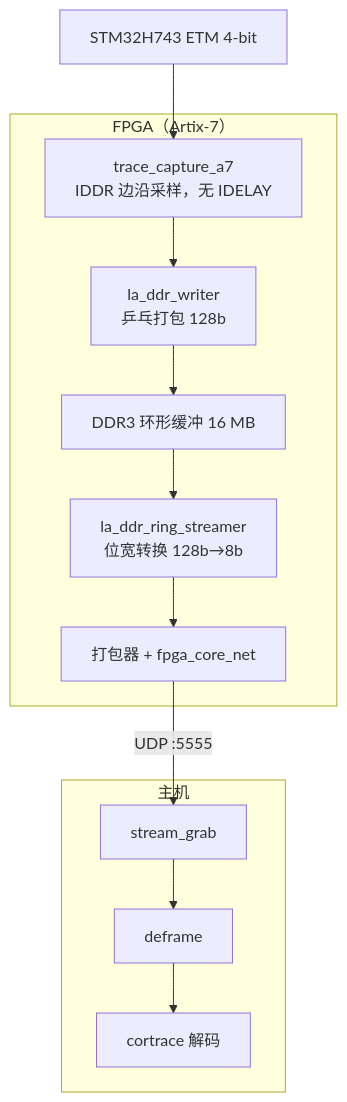
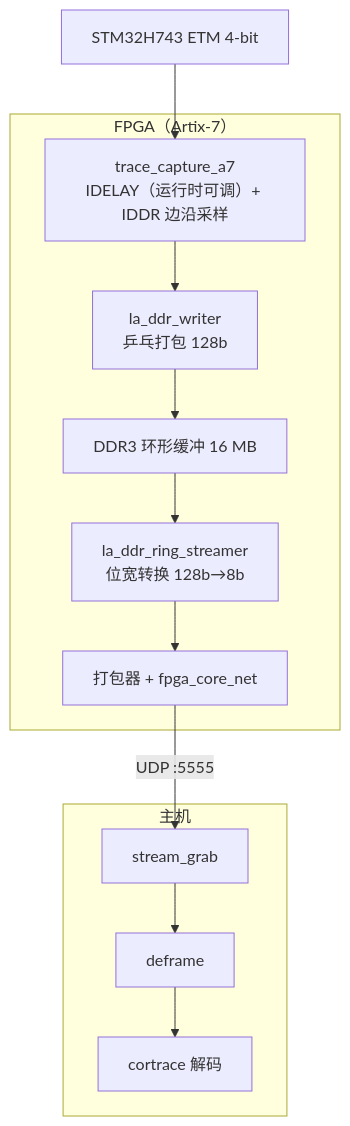
The diagram in README.md (cortrace/cortrace-fpga), drawn with Mermaid before and after one commit. The commit also changed 8 other files, not shown here.

First line of the commit message:
feat(rtl): tune the trace data lanes with a run-time IDELAY

````diff
--- a/README.md
+++ b/README.md
@@ -8,24 +8,24 @@
 ```mermaid
 flowchart TD
-    ETM["STM32H743 ETM 4-bit"] --> CAP["trace_capture_a7<br/>IDDR 边沿采样，无 IDELAY"]
+    ETM["STM32H743 ETM 4-bit"] --> CAP["trace_capture_a7<br/>IDELAY（运行时可调）+ IDDR 边沿采样"]
     CAP --> WR["la_ddr_writer<br/>乒乓打包 128b"]
     WR --> RING["DDR3 环形缓冲 16 MB"]
     RING --> STR["la_ddr_ring_streamer<br/>位宽转换 128b→8b"]
     STR --> NET["打包器 + fpga_core_net"]
     NET -->|"UDP :5555"| GRAB["stream_grab"]
     GRAB --> DEFRAME["deframe"]
     DEFRAME --> CORTRACE["cortrace 解码"]
 
     subgraph FPGA["FPGA（Artix-7）"]
         CAP
         WR
         RING
         STR
         NET
     end
     subgraph HOST["主机"]
         GRAB
         DEFRAME
         CORTRACE
     end
 ```
````
